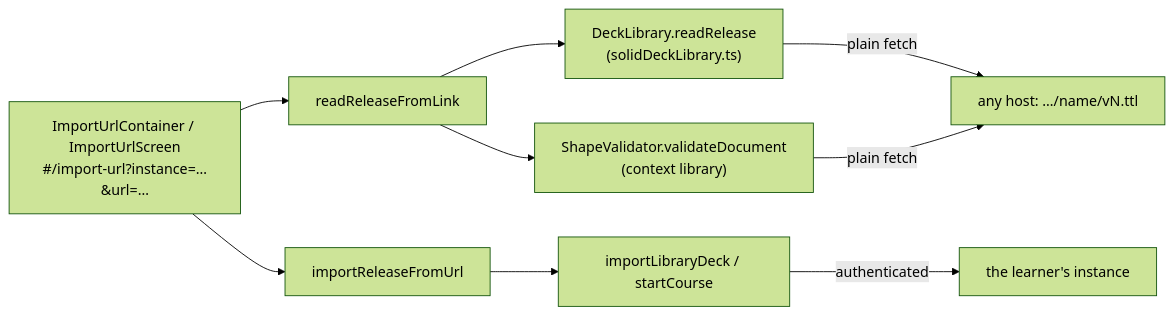
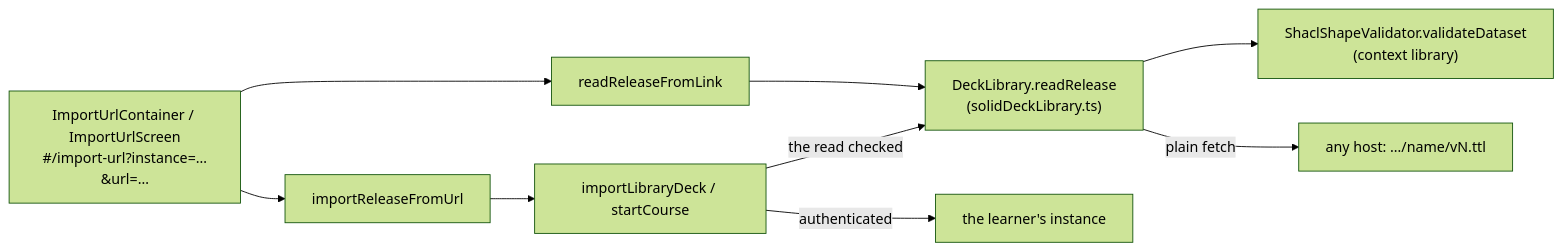
Before and after one commit to solid-memo/website: the third of 3 diagrams in docs/deck-library.md, drawn with Mermaid (forest theme). The commit also changed other lines of this file and 19 other files, not shown here.

````diff
--- a/docs/deck-library.md
+++ b/docs/deck-library.md
@@ -907,13 +907,13 @@
 ```mermaid
 flowchart LR
     accTitle: Importing a release by URL
-    accDescr: The import screen reads a release from any host, validates it against the shapes, and imports it into the learner's instance.
+    accDescr: The import screen reads a release from any host once, validates that read against the shapes, and imports it into the learner's instance.
     ui["ImportUrlContainer / ImportUrlScreen<br/>#/import-url?instance=…&url=…"] --> read["readReleaseFromLink"]
     read --> lib["DeckLibrary.readRelease<br/>(solidDeckLibrary.ts)"]
-    read --> shapes["ShapeValidator.validateDocument<br/>(context library)"]
+    lib --> shapes["ShaclShapeValidator.validateDataset<br/>(context library)"]
     ui --> add["importReleaseFromUrl"]
     add --> imp["importLibraryDeck / startCourse"]
+    imp -->|the read checked| lib
     lib -->|plain fetch| rel["any host: …/name/vN.ttl"]
-    shapes -->|plain fetch| rel
     imp -->|authenticated| pod["the learner's instance"]
 ```
````
